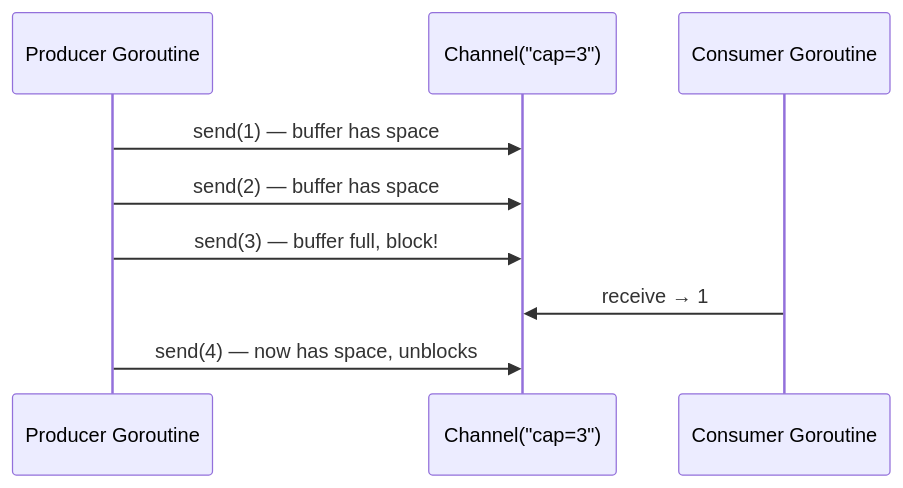
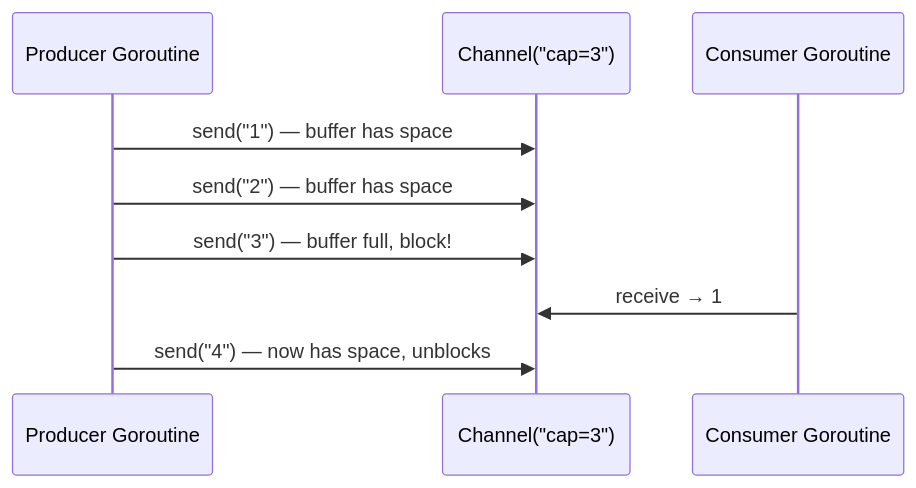
One commit to pploc/swe-icon-the-moment changed the diagram in content/questions/fundamentals/go-channels.md. Above: the diagram before and after it, drawn with Mermaid. The commit also changed 138 other files, not shown here.

````diff
--- a/content/questions/fundamentals/go-channels.md
+++ b/content/questions/fundamentals/go-channels.md
@@ -30,12 +30,13 @@
 ```mermaid
 sequenceDiagram
     participant P as Producer Goroutine
     participant C as Channel("cap=3")
     participant Q as Consumer Goroutine
-    P->>C: send(1) — buffer has space
-    P->>C: send(2) — buffer has space
-    P->>C: send(3) — buffer full, block!
+    P->>C: send("1") — buffer has space
+    P->>C: send("2") — buffer has space
+    P->>C: send("3") — buffer full, block!
     Q->>C: receive → 1
-    P->>C: send(4) — now has space, unblocks
+    P->>C: send("4") — now has space, unblocks
+
 
 ```
````
